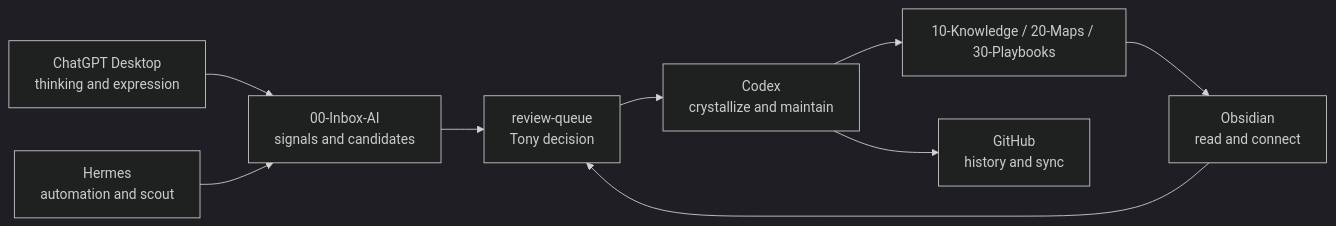
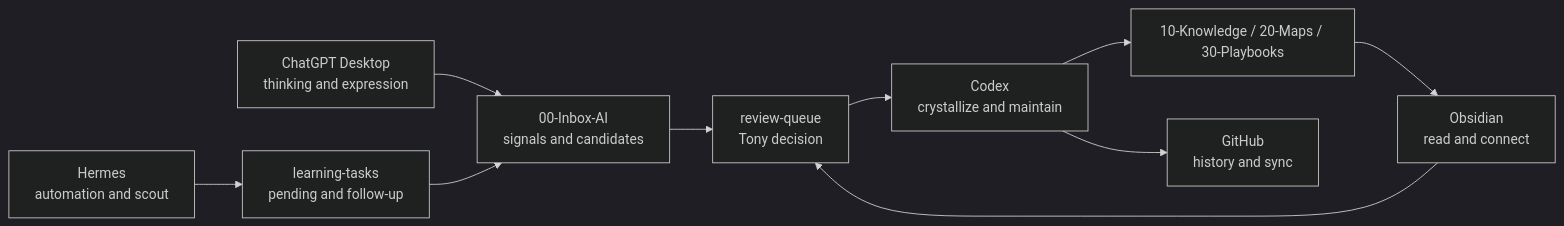
The diagram in 20-Maps/跨工具协作地图.md (superliyang/tony-ai-wiki-2026), drawn with Mermaid (dark theme) before and after one commit. The commit also changed other lines of this file and 41 other files, not shown here.

````diff
--- a/20-Maps/跨工具协作地图.md
+++ b/20-Maps/跨工具协作地图.md
@@ -28,11 +28,12 @@
 ```mermaid
 flowchart LR
     ChatGPT["ChatGPT Desktop<br/>thinking and expression"] --> Inbox["00-Inbox-AI<br/>signals and candidates"]
-    Hermes["Hermes<br/>automation and scout"] --> Inbox
+    Hermes["Hermes<br/>automation and scout"] --> Tasks["learning-tasks<br/>pending and follow-up"]
+    Tasks --> Inbox
     Inbox --> Review["review-queue<br/>Tony decision"]
     Review --> Codex["Codex<br/>crystallize and maintain"]
     Codex --> Knowledge["10-Knowledge / 20-Maps / 30-Playbooks"]
     Knowledge --> Obsidian["Obsidian<br/>read and connect"]
     Codex --> GitHub["GitHub<br/>history and sync"]
     Obsidian --> Review
 ```
````
